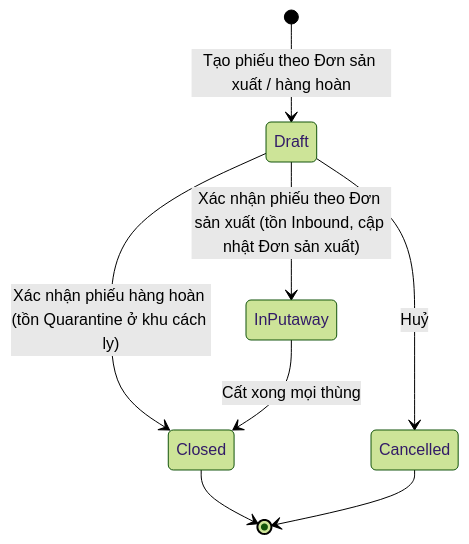
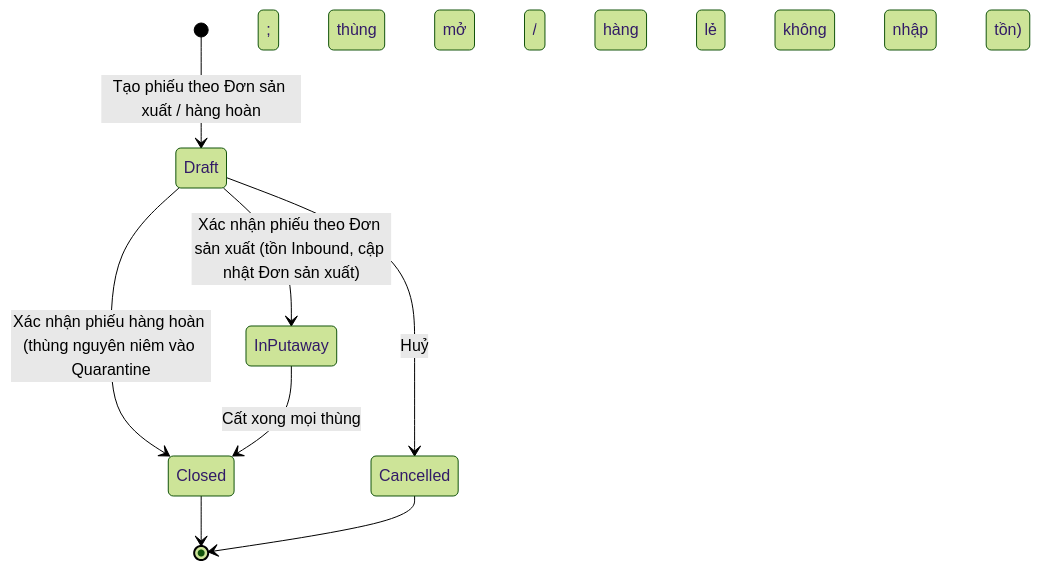
Before and after one commit to KLTN-FA26/docs: the diagram in docs/warehouse/03-receipt/README.md, drawn with Mermaid (forest theme). The commit also changed other lines of this file and 13 other files, not shown here.

````diff
--- a/docs/warehouse/03-receipt/README.md
+++ b/docs/warehouse/03-receipt/README.md
@@ -175,10 +198,10 @@
 ```mermaid
 stateDiagram-v2
     [*] --> Draft: Tạo phiếu theo Đơn sản xuất / hàng hoàn
     Draft --> InPutaway: Xác nhận phiếu theo Đơn sản xuất (tồn Inbound, cập nhật Đơn sản xuất)
-    Draft --> Closed: Xác nhận phiếu hàng hoàn (tồn Quarantine ở khu cách ly)
+    Draft --> Closed: Xác nhận phiếu hàng hoàn (thùng nguyên niêm vào Quarantine; thùng mở / hàng lẻ không nhập tồn)
     Draft --> Cancelled: Huỷ
     InPutaway --> Closed: Cất xong mọi thùng
     Closed --> [*]
     Cancelled --> [*]
 ```
````
